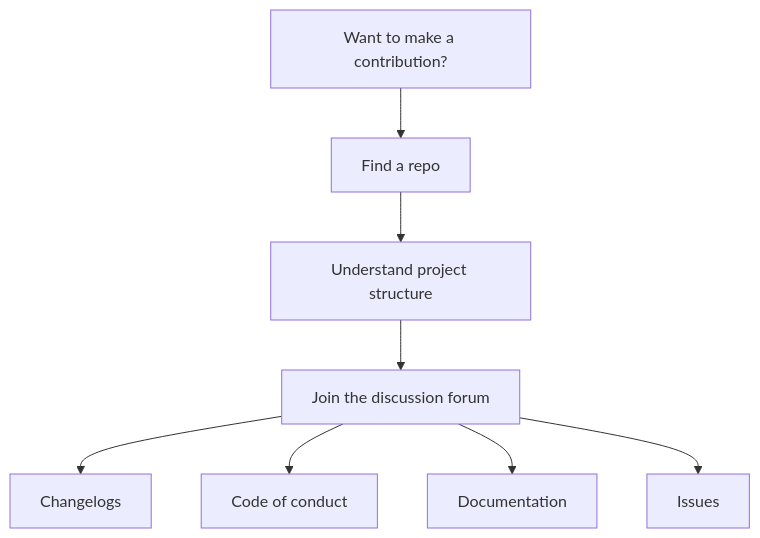
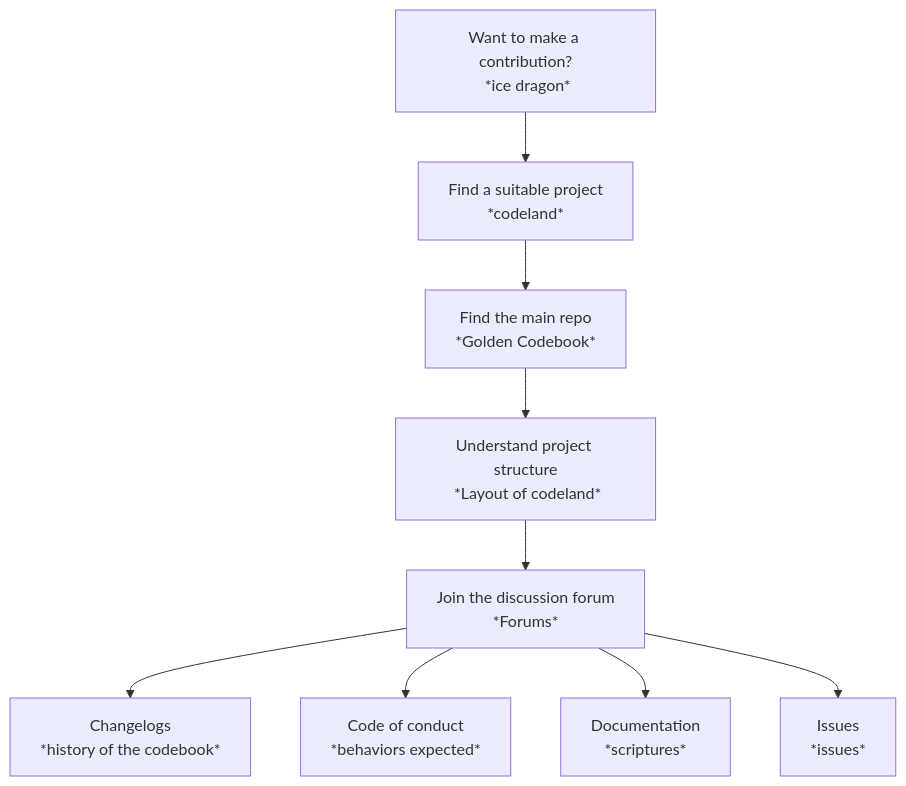
The third of 8 diagrams in docs/graphs_kitty.md (Prashant528/sample_story_for_storytelling), drawn with Mermaid before and after one commit. The commit also changed other lines of this file and 13 other files, not shown here.

Commit message:
Modified the graph

````diff
--- a/docs/graphs_kitty.md
+++ b/docs/graphs_kitty.md
@@ -30,12 +35,12 @@
 ```mermaid
 graph TD
-A[Want to make a contribution?]
-A --> B[Find a repo]
-B --> C[Understand project structure] 
-C --> D[Join the discussion forum]
-D --> E[Changelogs]
-D --> F[Code of conduct]
-D --> G[Documentation]
-D --> H[Issues]
-
+A[Want to make a contribution?\n *ice dragon*]
+A --> N[Find a suitable project\n *codeland*]
+N --> B[Find the main repo \n *Golden Codebook*]
+B --> C[Understand project structure\n *Layout of codeland*] 
+C --> D[Join the discussion forum \n *Forums*]
+D --> E[Changelogs \n *history of the codebook*]
+D --> F[Code of conduct \n *behaviors expected*]
+D --> G[Documentation \n *scriptures* ]
+D --> H[Issues \n *issues*]
 ```
````
